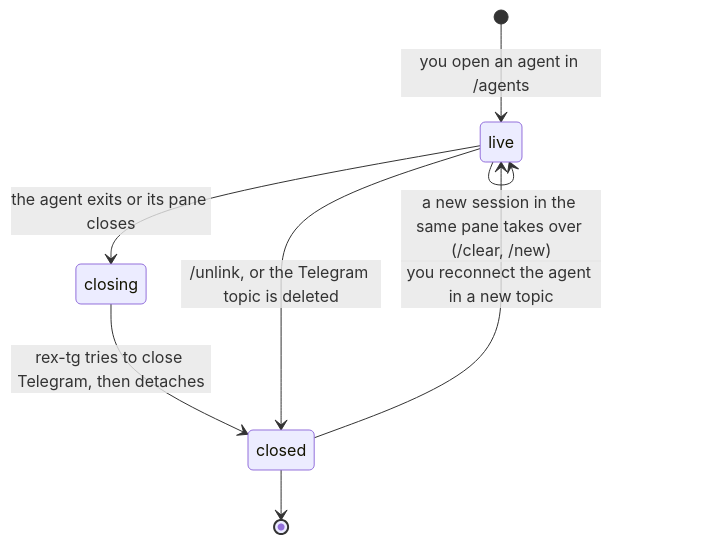
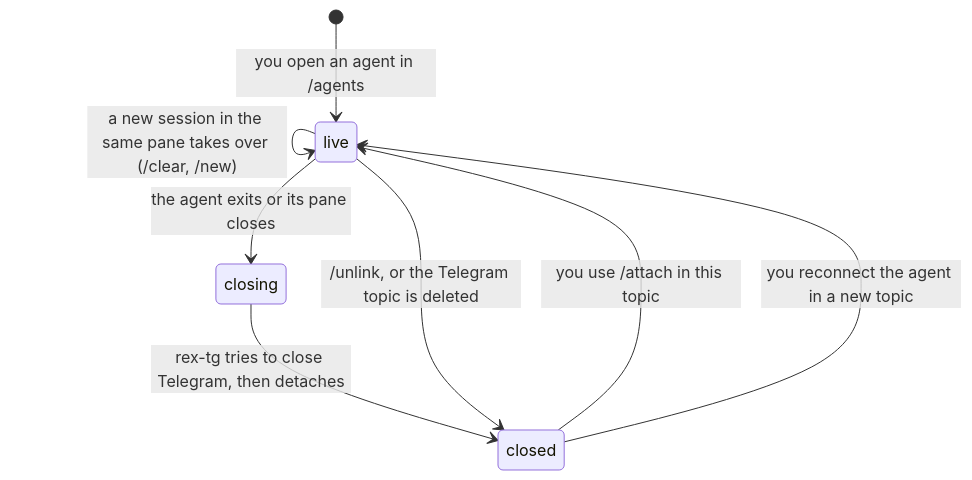
The fourth of 5 diagrams in docs/design.md (arrokh/rex-tg), drawn with Mermaid before and after one commit. The commit also changed other lines of this file and 37 other files, not shown here.

````diff
--- a/docs/design.md
+++ b/docs/design.md
@@ -328,10 +328,10 @@
 ```mermaid
 stateDiagram-v2
   [*] --> live: you open an agent in /agents
   live --> live: a new session in the same pane takes over (/clear, /new)
   live --> closing: the agent exits or its pane closes
   closing --> closed: rex-tg tries to close Telegram, then detaches
   live --> closed: /unlink, or the Telegram topic is deleted
+  closed --> live: you use /attach in this topic
   closed --> live: you reconnect the agent in a new topic
-  closed --> [*]
 ```
````
